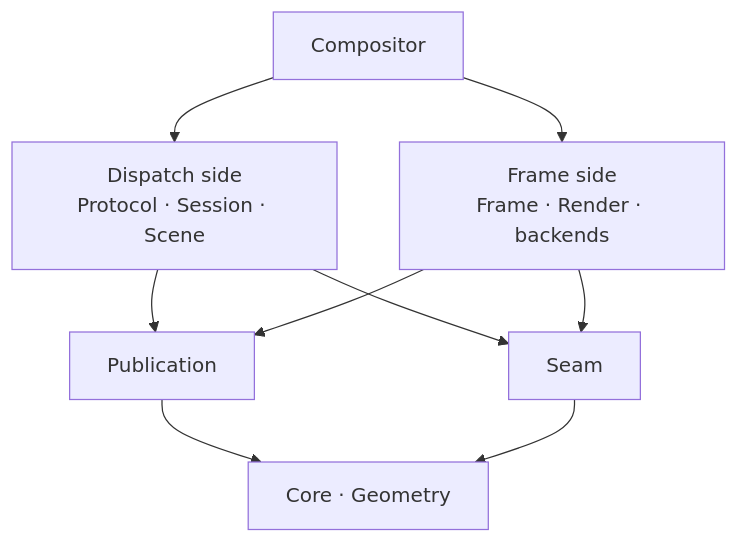
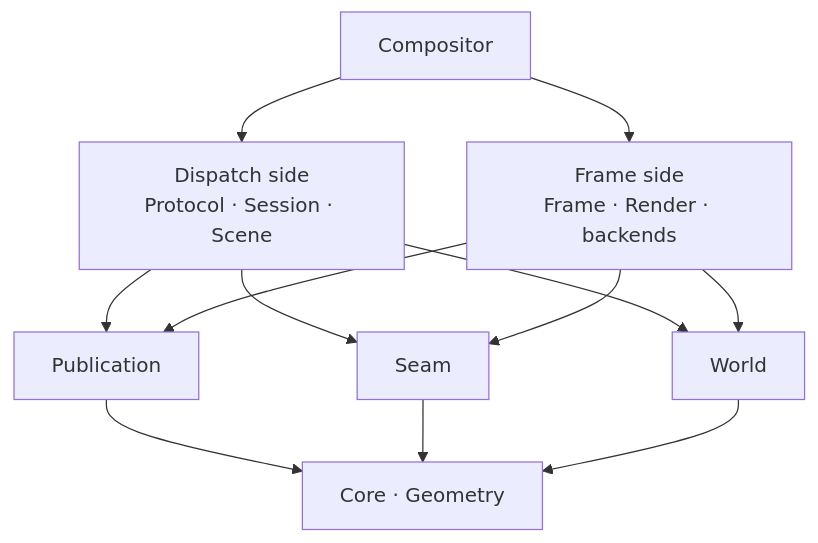
Before and after one commit to hollinsky/gyro: the second of 2 diagrams in Docs/Structure.md, drawn with Mermaid. The commit also changed other lines of this file and 12 other files, not shown here.

````diff
--- a/Docs/Structure.md
+++ b/Docs/Structure.md
@@ -120,11 +122,14 @@
 ```mermaid
 flowchart TB
     Compositor --> Dispatch["Dispatch side<br/>Protocol · Session · Scene"]
     Compositor --> Frame["Frame side<br/>Frame · Render · backends"]
     Dispatch --> Publication
     Frame --> Publication
     Dispatch --> Seam
     Frame --> Seam
+    Dispatch --> World
+    Frame --> World
     Publication --> Base["Core · Geometry"]
     Seam --> Base
+    World --> Base
 ```
````
